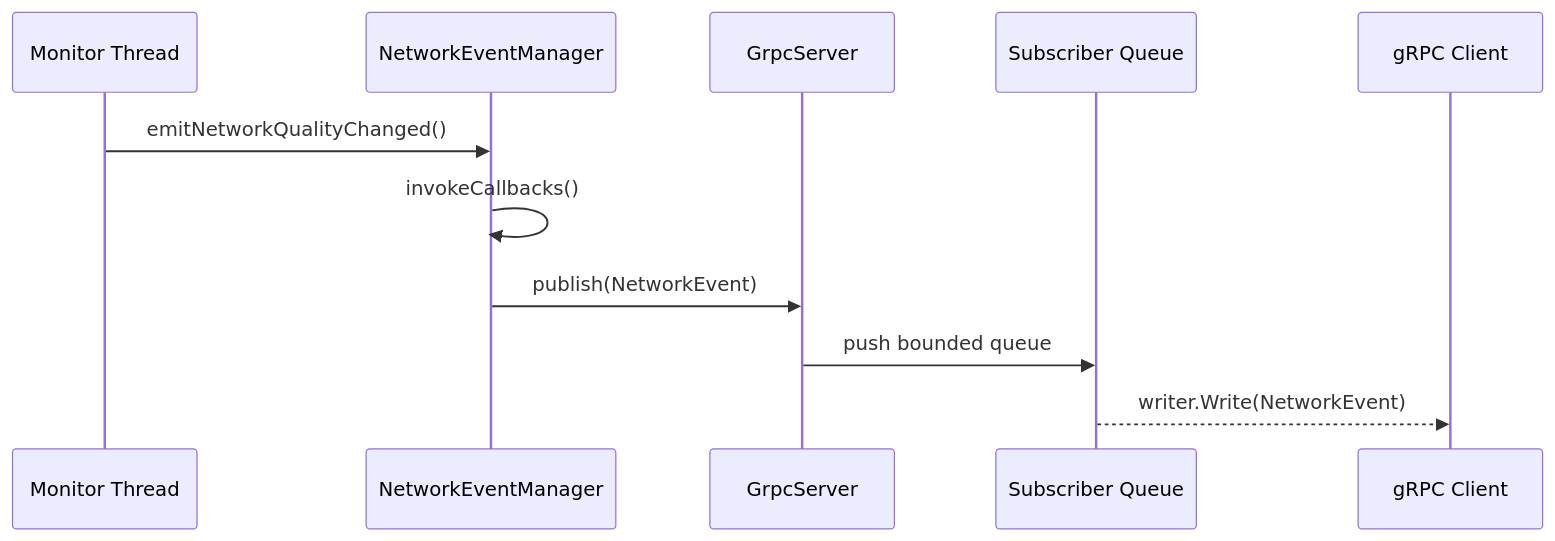
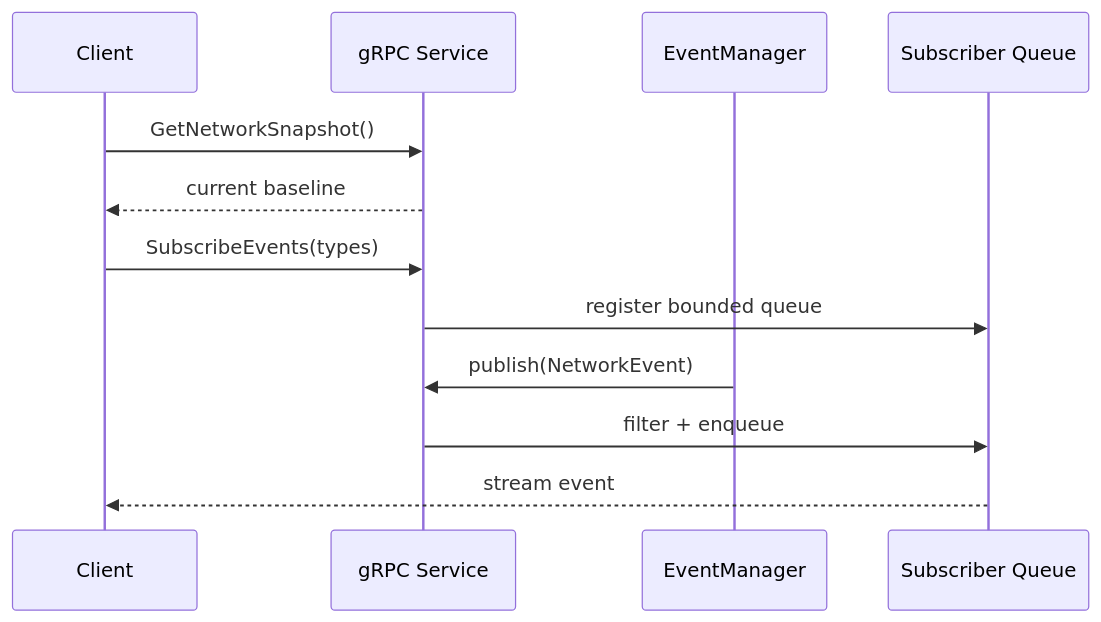
Before and after one commit to God1007/JaNet: the ninth of 15 diagrams in docs/network-diagnostics-engineering-architecture-review.md, drawn with Mermaid. The commit also changed other lines of this file and 44 other files, not shown here.

````diff
--- a/docs/network-diagnostics-engineering-architecture-review.md
+++ b/docs/network-diagnostics-engineering-architecture-review.md
@@ -960,14 +432,15 @@
 ```mermaid
 sequenceDiagram
-    participant Monitor as Monitor Thread
-    participant EventMgr as NetworkEventManager
-    participant Grpc as GrpcServer
+    participant UI as Client
+    participant RPC as gRPC Service
+    participant Bus as EventManager
     participant Sub as Subscriber Queue
-    participant Client as gRPC Client
 
-    Monitor->>EventMgr: emitNetworkQualityChanged()
-    EventMgr->>EventMgr: invokeCallbacks()
-    EventMgr->>Grpc: publish(NetworkEvent)
-    Grpc->>Sub: push bounded queue
-    Sub-->>Client: writer.Write(NetworkEvent)
+    UI->>RPC: GetNetworkSnapshot()
+    RPC-->>UI: current baseline
+    UI->>RPC: SubscribeEvents(types)
+    RPC->>Sub: register bounded queue
+    Bus->>RPC: publish(NetworkEvent)
+    RPC->>Sub: filter + enqueue
+    Sub-->>UI: stream event
 ```
````
